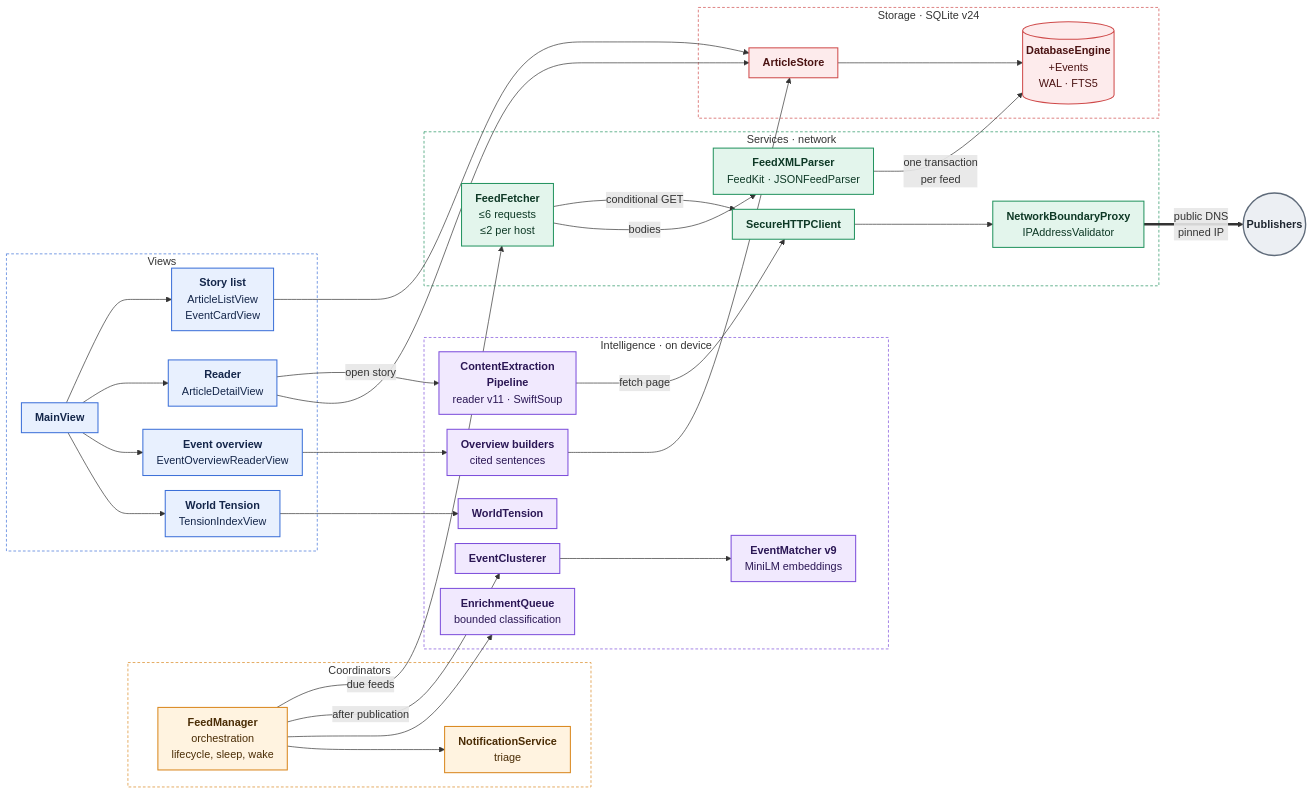
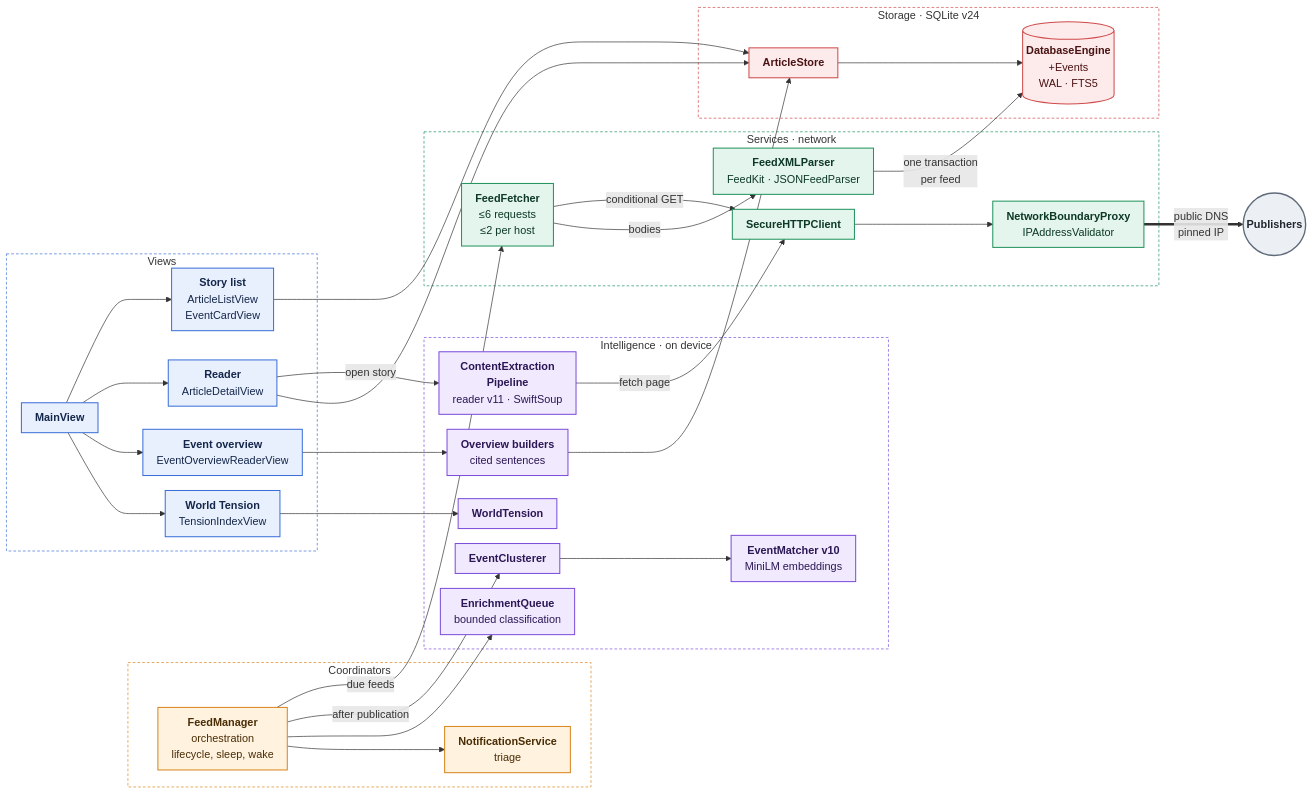
One commit to marspater/NewsApp-macOS changed the first of 3 diagrams in docs/ARCHITECTURE.md. Above: the diagram before and after it, drawn with Mermaid. The commit also changed other lines of this file and 4 other files, not shown here.

````diff
--- a/docs/ARCHITECTURE.md
+++ b/docs/ARCHITECTURE.md
@@ -22,75 +22,75 @@
 ```mermaid
 %%{init: {"flowchart": {"curve": "basis", "nodeSpacing": 22, "rankSpacing": 44, "padding": 10}}}%%
 flowchart LR
     subgraph Coord["Coordinators"]
         FM["<b>FeedManager</b><br/>orchestration<br/>lifecycle, sleep, wake"]
         NS["<b>NotificationService</b><br/>triage"]
     end
 
     subgraph UI["Views"]
         Main["<b>MainView</b>"]
         List["<b>Story list</b><br/>ArticleListView<br/>EventCardView"]
         Reader["<b>Reader</b><br/>ArticleDetailView"]
         Overview["<b>Event overview</b><br/>EventOverviewReaderView"]
         Tension["<b>World Tension</b><br/>TensionIndexView"]
     end
 
     subgraph Intel["Intelligence · on device"]
         EQ["<b>EnrichmentQueue</b><br/>bounded classification"]
         EC["<b>EventClusterer</b>"]
-        EM["<b>EventMatcher v9</b><br/>MiniLM embeddings"]
+        EM["<b>EventMatcher v10</b><br/>MiniLM embeddings"]
         CEP["<b>ContentExtraction<br/>Pipeline</b><br/>reader v11 · SwiftSoup"]
         OV["<b>Overview builders</b><br/>cited sentences"]
         WT["<b>WorldTension</b>"]
     end
 
     subgraph Svc["Services · network"]
         FF["<b>FeedFetcher</b><br/>≤6 requests<br/>≤2 per host"]
         Parse["<b>FeedXMLParser</b><br/>FeedKit · JSONFeedParser"]
         HTTP["<b>SecureHTTPClient</b>"]
         GW["<b>NetworkBoundaryProxy</b><br/>IPAddressValidator"]
     end
 
     subgraph Store["Storage · SQLite v24"]
         AS["<b>ArticleStore</b>"]
         DB[("<b>DatabaseEngine</b><br/>+Events<br/>WAL · FTS5")]
     end
 
     Net(("<b>Publishers</b>"))
 
     FM -->|due feeds| FF
     FM -->|after publication| EC
     FM --> EQ & NS
     EC --> EM
     FF -->|conditional GET| HTTP
     FF -->|bodies| Parse
     Parse -->|one transaction<br/>per feed| DB
     Main --> List & Reader & Overview & Tension
     Reader -->|open story| CEP
     CEP -->|fetch page| HTTP
     HTTP --> GW
     GW ==>|public DNS<br/>pinned IP| Net
     Overview --> OV
     OV --> AS
     List & Reader --> AS
     AS --> DB
     Tension --> WT
 
     classDef ui fill:#E8F0FE,stroke:#3B6FD8,stroke-width:1.5px,color:#14264A
     classDef coord fill:#FFF3E0,stroke:#D9861C,stroke-width:1.5px,color:#4A2C05
     classDef intel fill:#F1E9FE,stroke:#7C4DDB,stroke-width:1.5px,color:#2B1755
     classDef svc fill:#E3F5EC,stroke:#23935F,stroke-width:1.5px,color:#0D3825
     classDef store fill:#FDEBEC,stroke:#CF4A4A,stroke-width:1.5px,color:#4A1212
     classDef ext fill:#ECEFF3,stroke:#5F6B7A,stroke-width:2px,color:#1E2630
     class Main,List,Reader,Overview,Tension ui
     class FM,NS coord
     class CEP,EQ,EC,EM,OV,WT intel
     class FF,Parse,HTTP,GW svc
     class AS,DB store
     class Net ext
     style UI fill:none,stroke:#3B6FD8,stroke-dasharray:4 3
     style Coord fill:none,stroke:#D9861C,stroke-dasharray:4 3
     style Intel fill:none,stroke:#7C4DDB,stroke-dasharray:4 3
     style Svc fill:none,stroke:#23935F,stroke-dasharray:4 3
     style Store fill:none,stroke:#CF4A4A,stroke-dasharray:4 3
 ```
````
